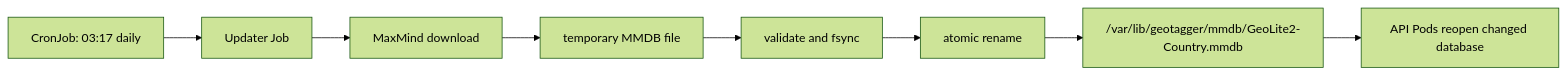
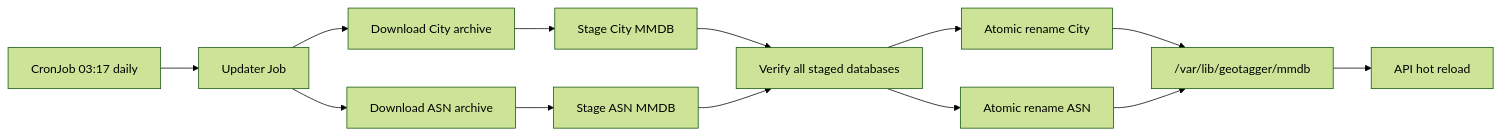
Before and after one commit to Jstarzz/geotagger: the ninth of 15 diagrams in docs/ARCHITECTURE.md, drawn with Mermaid (forest theme). The commit also changed other lines of this file, not shown here.

Commit message:
docs: update architecture for City and ASN intelligence

````diff
--- a/docs/ARCHITECTURE.md
+++ b/docs/ARCHITECTURE.md
@@ -202,10 +279,15 @@
 ```mermaid
 flowchart LR
-    CRON["CronJob: 03:17 daily"] --> JOB["Updater Job"]
-    JOB --> MAXMIND["MaxMind download"]
-    MAXMIND --> TMP["temporary MMDB file"]
-    TMP --> VERIFY["validate and fsync"]
-    VERIFY --> RENAME["atomic rename"]
-    RENAME --> FILE["/var/lib/geotagger/mmdb/GeoLite2-Country.mmdb"]
-    FILE --> API["API Pods reopen changed database"]
+    CRON["CronJob 03:17 daily"] --> JOB["Updater Job"]
+    JOB --> CITYDL["Download City archive"]
+    JOB --> ASNDL["Download ASN archive"]
+    CITYDL --> CITYTMP["Stage City MMDB"]
+    ASNDL --> ASNTMP["Stage ASN MMDB"]
+    CITYTMP --> VERIFY["Verify all staged databases"]
+    ASNTMP --> VERIFY
+    VERIFY --> CITYREN["Atomic rename City"]
+    VERIFY --> ASNREN["Atomic rename ASN"]
+    CITYREN --> DIR["/var/lib/geotagger/mmdb"]
+    ASNREN --> DIR
+    DIR --> API["API hot reload"]
 ```
````
